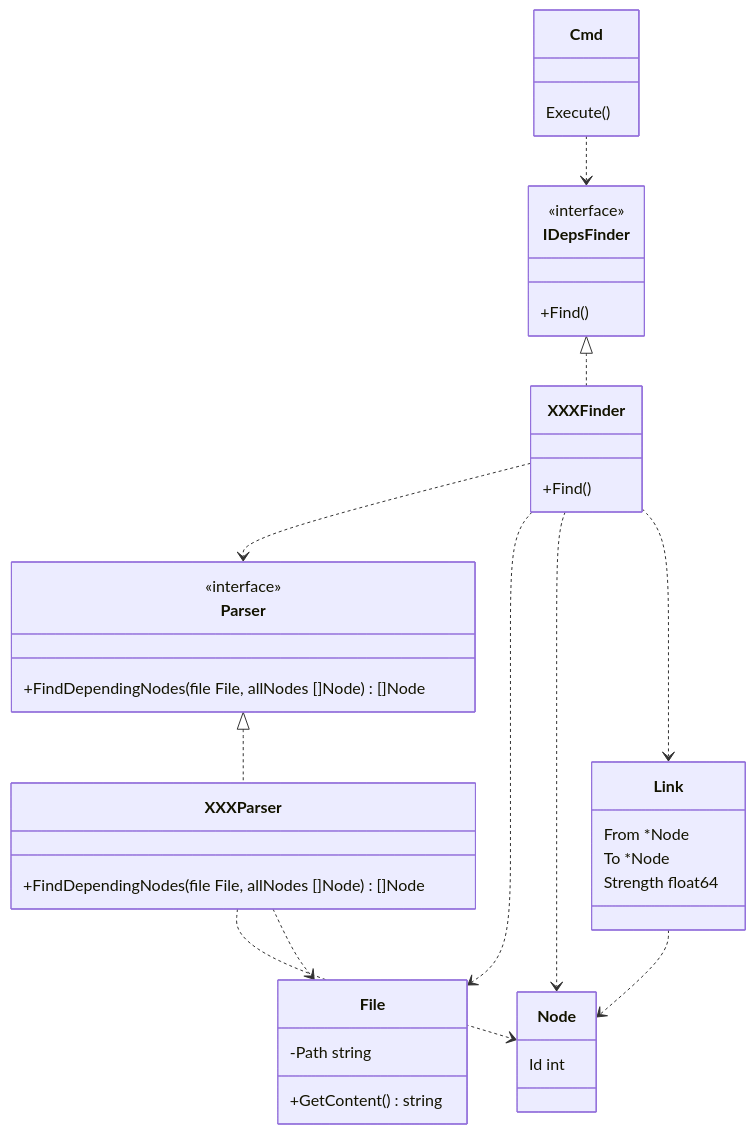
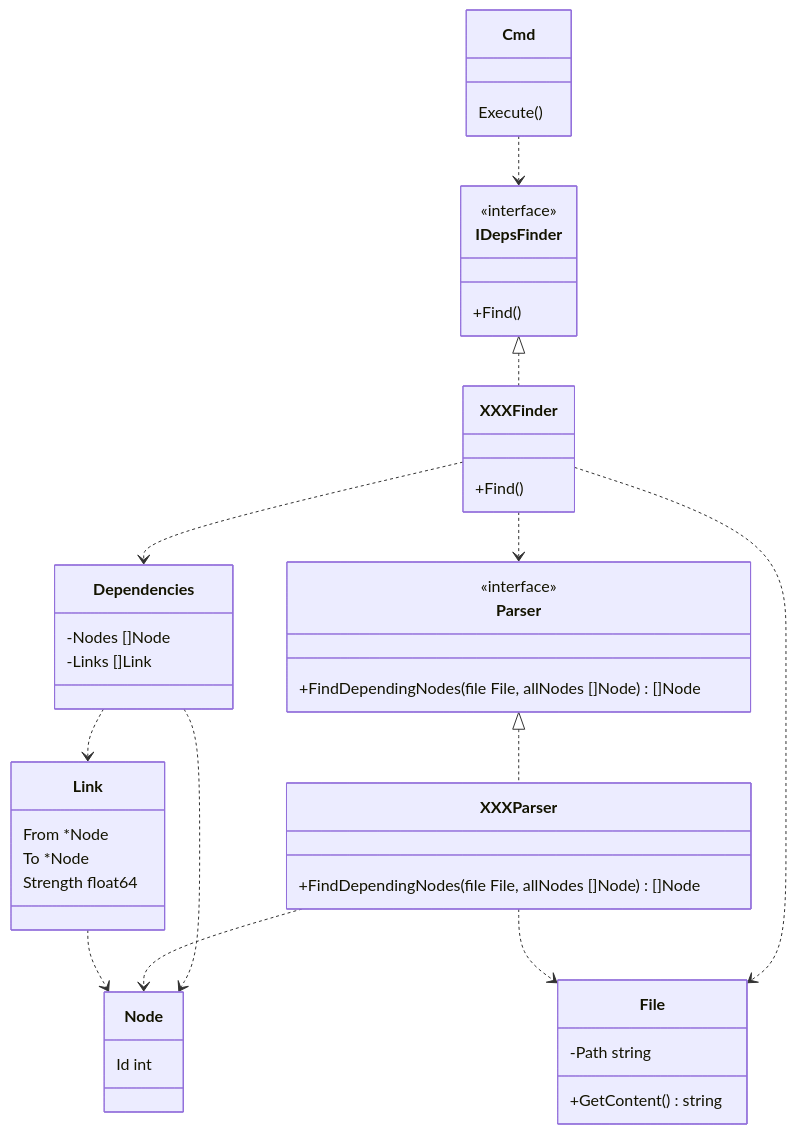
Before and after one commit to yamoyamoto/deps_finder: the diagram in docs/design.md, drawn with Mermaid.

````diff
--- a/docs/design.md
+++ b/docs/design.md
@@ -3,47 +3,52 @@
 ```mermaid
 classDiagram
     class Cmd{
         Execute()
     }
     Cmd..>IDepsFinder
 
     class IDepsFinder {
         <<interface>>
         +Find()
     }
     class XXXFinder{
         +Find()
     }
     IDepsFinder<|..XXXFinder
     XXXFinder..>Parser
+    XXXFinder..>Dependencies
+    
+    class Dependencies{
+        -Nodes []Node
+        -Links []Link
+    }
+    Dependencies..>Node
+    Dependencies..>Link
     
     class File{
         -Path string
         +GetContent() string
     }
     XXXFinder..>File
     
     class Parser{
         <<interface>>
         +FindDependingNodes(file File, allNodes []Node) []Node
     }
     class XXXParser{
         +FindDependingNodes(file File, allNodes []Node) []Node
     }
     Parser<|..XXXParser
     XXXParser..>Node
     XXXParser..>File
     
     class Node{
         Id int
     }
     class Link{
         From *Node
         To *Node
         Strength float64
     }
     Link..>Node
-    
-    XXXFinder..>Node
-    XXXFinder..>Link
 ```
````
